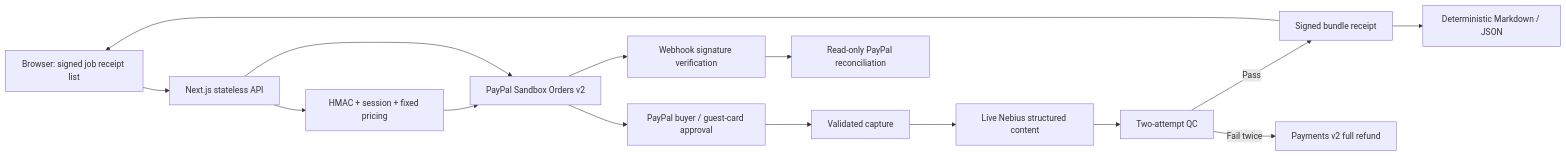
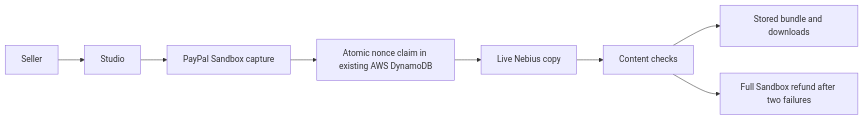
The diagram in README.md (kks0488/paid-agent-studio), drawn with Mermaid before and after one commit. The commit also changed other lines of this file and 10 other files, not shown here.

Commit message:
Prevent signed receipt replay with durable capture-bound nonces and improve grounded copy

````diff
--- a/README.md
+++ b/README.md
@@ -47,17 +13,8 @@
 ```mermaid
 flowchart LR
-  Browser[Browser: signed job receipt list] --> API[Next.js stateless API]
-  API --> Signature[HMAC + session + fixed pricing]
-  Signature --> Orders[PayPal Sandbox Orders v2]
-  Orders --> Checkout[PayPal buyer / guest-card approval]
-  Checkout --> Capture[Validated capture]
-  Capture --> AI[Live Nebius structured content]
-  AI --> QC[Two-attempt QC]
-  QC -->|Pass| Receipt[Signed bundle receipt]
-  Receipt --> Browser
-  Receipt --> Files[Deterministic Markdown / JSON]
-  QC -->|Fail twice| Refund[Payments v2 full refund]
-  Orders --> Webhook[Webhook signature verification]
-  Webhook --> Reconcile[Read-only PayPal reconciliation]
-  API --> Orders
+  Seller --> Studio --> PayPal[PayPal Sandbox capture]
+  PayPal --> Claim[Atomic nonce claim in existing AWS DynamoDB]
+  Claim --> Nebius[Live Nebius copy] --> QC[Content checks]
+  QC --> Delivery[Stored bundle and downloads]
+  QC --> Refund[Full Sandbox refund after two failures]
 ```
````
